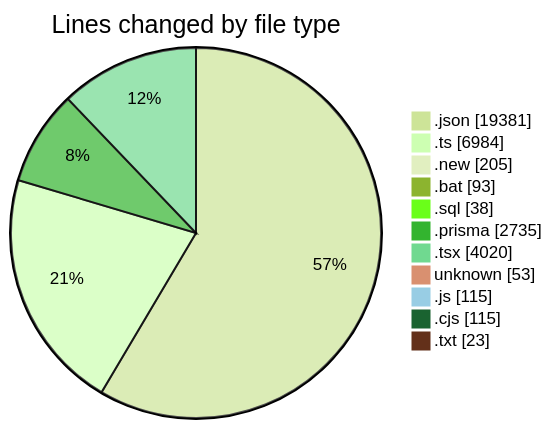
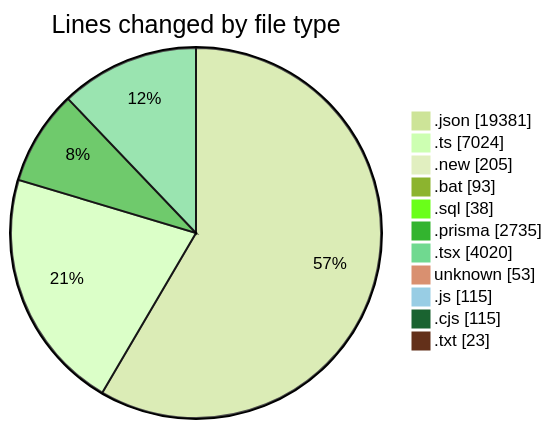
The first of 2 diagrams in 2025-05-20/ecodeli-1/README.md (CELIANVF/code-tracking), drawn with Mermaid (forest theme) before and after one commit. The commit also changed other lines of this file and 1 other file, not shown here.

````diff
--- a/2025-05-20/ecodeli-1/README.md
+++ b/2025-05-20/ecodeli-1/README.md
@@ -77,15 +77,15 @@
 ```mermaid
 pie showData
 title Lines changed by file type
 ".json" : 19381
-".ts" : 6984
+".ts" : 7024
 ".new" : 205
 ".bat" : 93
 ".sql" : 38
 ".prisma" : 2735
 ".tsx" : 4020
 "unknown" : 53
 ".js" : 115
 ".cjs" : 115
 ".txt" : 23
 ```
````
